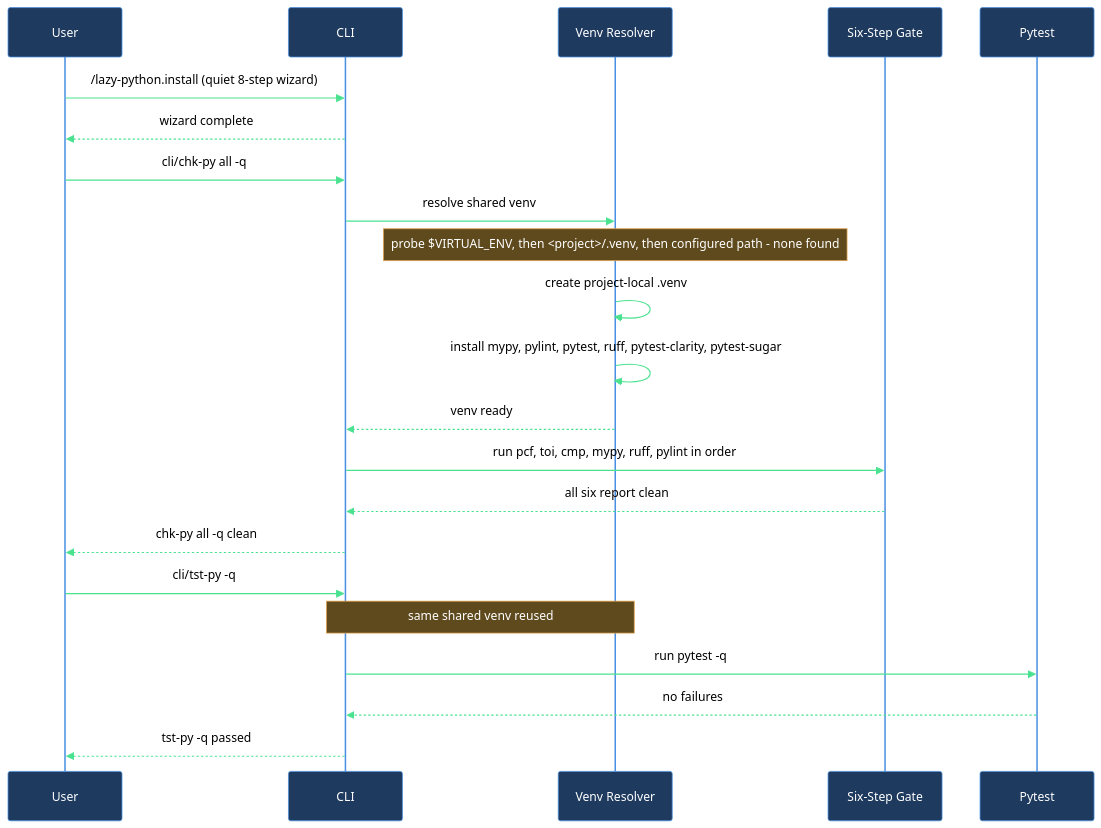
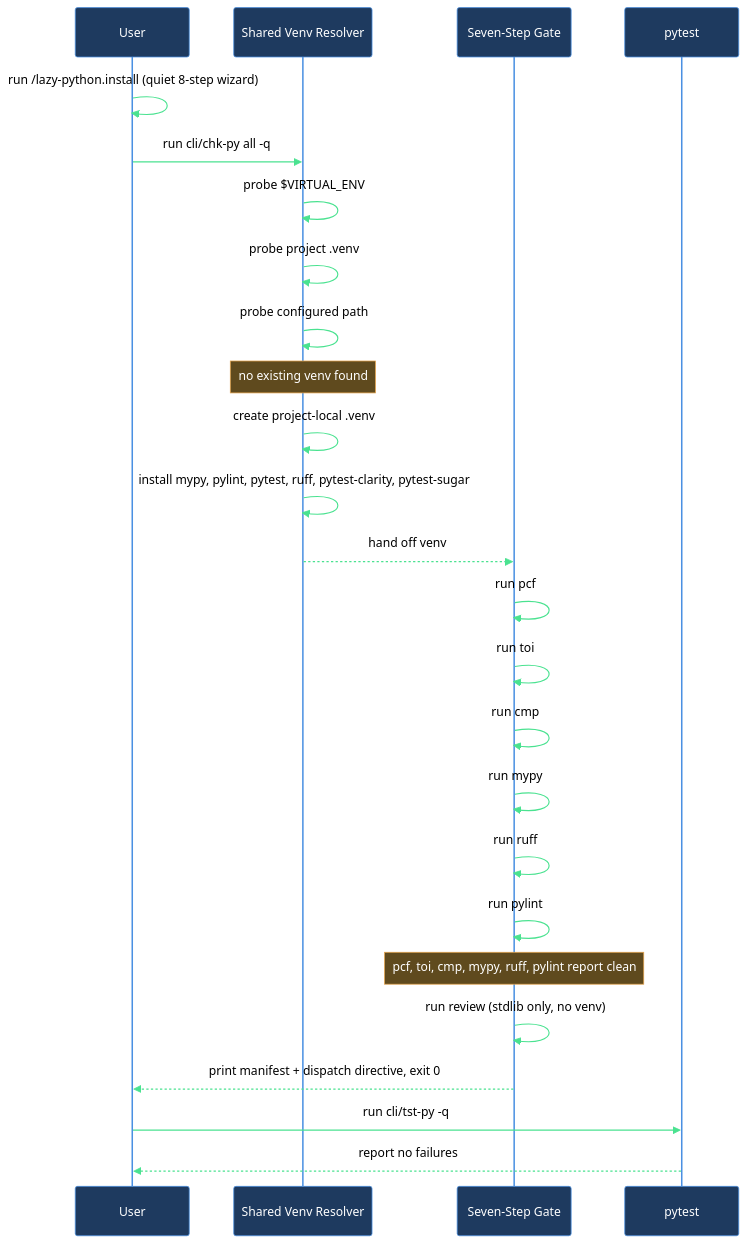
The diagram in claude/lazycortex-python/help/walkthroughs/install-and-first-check.md (mebius-san/lazy-cortex), drawn with Mermaid before and after one commit. The commit also changed other lines of this file and 36 other files, not shown here.

````diff
--- a/claude/lazycortex-python/help/walkthroughs/install-and-first-check.md
+++ b/claude/lazycortex-python/help/walkthroughs/install-and-first-check.md
@@ -76,26 +78,29 @@
 ```mermaid
 %%{init: {'themeVariables':{'background':'transparent','primaryColor':'#1e3a5f','primaryBorderColor':'#4a90e2','primaryTextColor':'#fff','lineColor':'#4ae290','actorBkg':'#1e3a5f','actorBorder':'#4a90e2','actorTextColor':'#fff','actorLineColor':'#4a90e2','signalColor':'#4ae290','signalTextColor':'#000','noteBkgColor':'#5f4a1e','noteBorderColor':'#e2a14a','noteTextColor':'#fff','labelBoxBkgColor':'#5f4a1e','labelBoxBorderColor':'#e2a14a','labelTextColor':'#fff','loopTextColor':'#e2a14a'},'sequence':{'diagramPadding':5,'useMaxWidth':true}}}%%
 sequenceDiagram
   participant user as User
-  participant cli as CLI
-  participant venvResolver as Venv Resolver
-  participant gate as Six-Step Gate
-  participant pytest as Pytest
+  participant venvResolver as Shared Venv Resolver
+  participant gate as Seven-Step Gate
+  participant pytest as pytest
 
-  user->>cli: /lazy-python.install (quiet 8-step wizard)
-  cli-->>user: wizard complete
-  user->>cli: cli/chk-py all -q
-  cli->>venvResolver: resolve shared venv
-  Note over venvResolver: probe $VIRTUAL_ENV, then <project>/.venv, then configured path - none found
+  user->>user: run /lazy-python.install (quiet 8-step wizard)
+  user->>venvResolver: run cli/chk-py all -q
+  venvResolver->>venvResolver: probe $VIRTUAL_ENV
+  venvResolver->>venvResolver: probe project .venv
+  venvResolver->>venvResolver: probe configured path
+  Note over venvResolver: no existing venv found
   venvResolver->>venvResolver: create project-local .venv
   venvResolver->>venvResolver: install mypy, pylint, pytest, ruff, pytest-clarity, pytest-sugar
-  venvResolver-->>cli: venv ready
-  cli->>gate: run pcf, toi, cmp, mypy, ruff, pylint in order
-  gate-->>cli: all six report clean
-  cli-->>user: chk-py all -q clean
-  user->>cli: cli/tst-py -q
-  Note over cli,venvResolver: same shared venv reused
-  cli->>pytest: run pytest -q
-  pytest-->>cli: no failures
-  cli-->>user: tst-py -q passed
+  venvResolver-->>gate: hand off venv
+  gate->>gate: run pcf
+  gate->>gate: run toi
+  gate->>gate: run cmp
+  gate->>gate: run mypy
+  gate->>gate: run ruff
+  gate->>gate: run pylint
+  Note over gate: pcf, toi, cmp, mypy, ruff, pylint report clean
+  gate->>gate: run review (stdlib only, no venv)
+  gate-->>user: print manifest + dispatch directive, exit 0
+  user->>pytest: run cli/tst-py -q
+  pytest-->>user: report no failures
 ```
````
